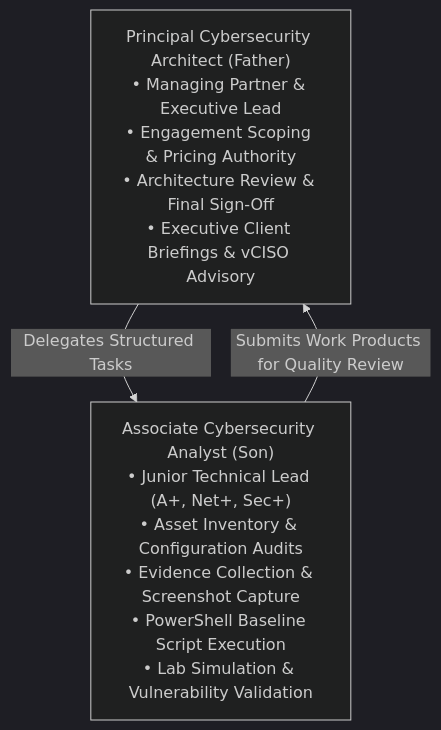
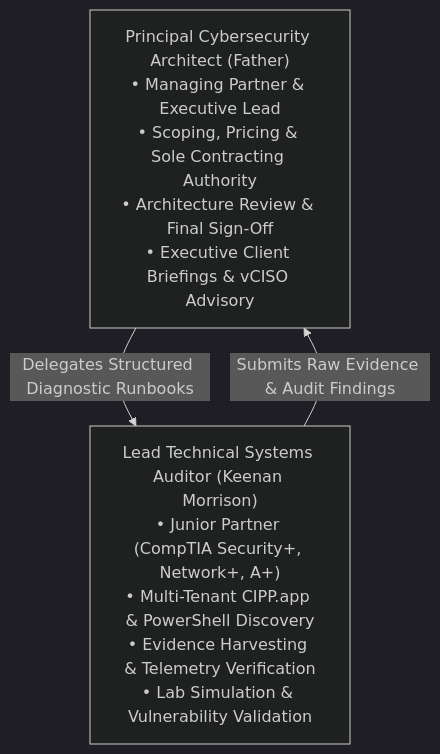
The second of 5 diagrams in business-plan/purdue_family_cybersecurity_business_plan.md (KeenanSec/MorrisonCyberDefense), drawn with Mermaid (dark theme) before and after one commit. The commit also changed other lines of this file and 2 other files, not shown here.

First line of the commit message:
feat: overhaul business plan and sales playbook with peer founder audit recommendations

````diff
--- a/business-plan/purdue_family_cybersecurity_business_plan.md
+++ b/business-plan/purdue_family_cybersecurity_business_plan.md
@@ -124,8 +132,8 @@
 ```mermaid
 flowchart TD
-    Dad["Principal Cybersecurity Architect (Father)\n• Managing Partner & Executive Lead\n• Engagement Scoping & Pricing Authority\n• Architecture Review & Final Sign-Off\n• Executive Client Briefings & vCISO Advisory"]
-    Son["Associate Cybersecurity Analyst (Son)\n• Junior Technical Lead (A+, Net+, Sec+)\n• Asset Inventory & Configuration Audits\n• Evidence Collection & Screenshot Capture\n• PowerShell Baseline Script Execution\n• Lab Simulation & Vulnerability Validation"]
+    Dad["Principal Cybersecurity Architect (Father)\n• Managing Partner & Executive Lead\n• Scoping, Pricing & Sole Contracting Authority\n• Architecture Review & Final Sign-Off\n• Executive Client Briefings & vCISO Advisory"]
+    Keenan["Lead Technical Systems Auditor (Keenan Morrison)\n• Junior Partner (CompTIA Security+, Network+, A+)\n• Multi-Tenant CIPP.app & PowerShell Discovery\n• Evidence Harvesting & Telemetry Verification\n• Lab Simulation & Vulnerability Validation"]
 
-    Dad -->|Delegates Structured Tasks| Son
-    Son -->|Submits Work Products for Quality Review| Dad
+    Dad -->|Delegates Structured Diagnostic Runbooks| Keenan
+    Keenan -->|Submits Raw Evidence & Audit Findings| Dad
 ```
````
